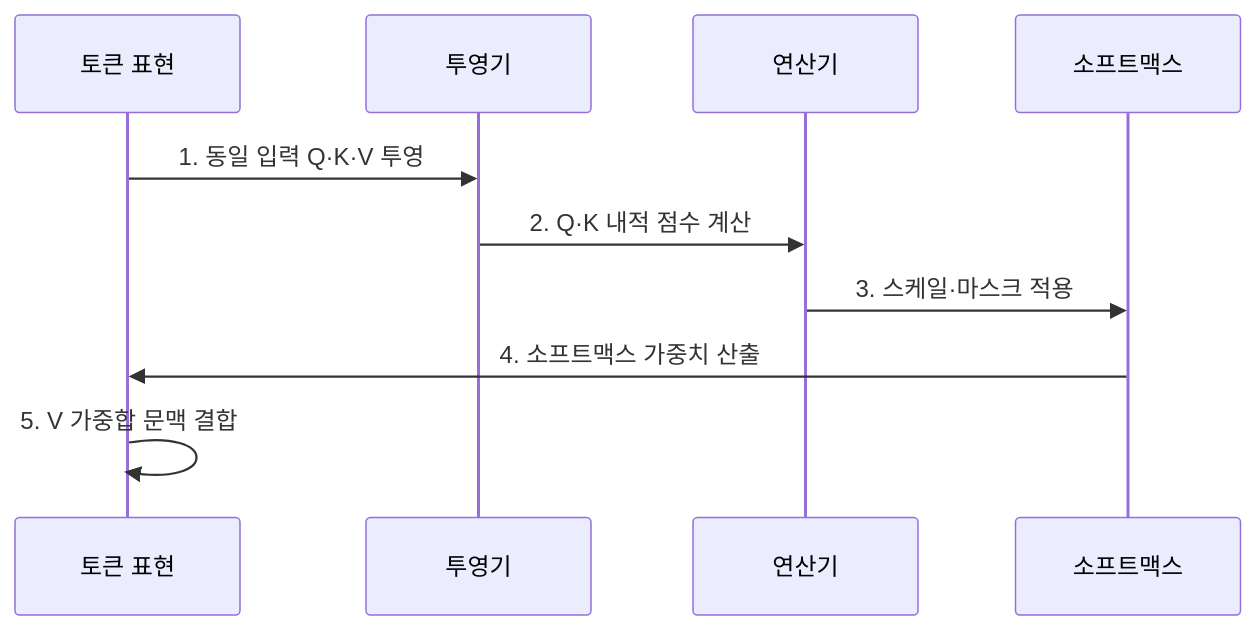
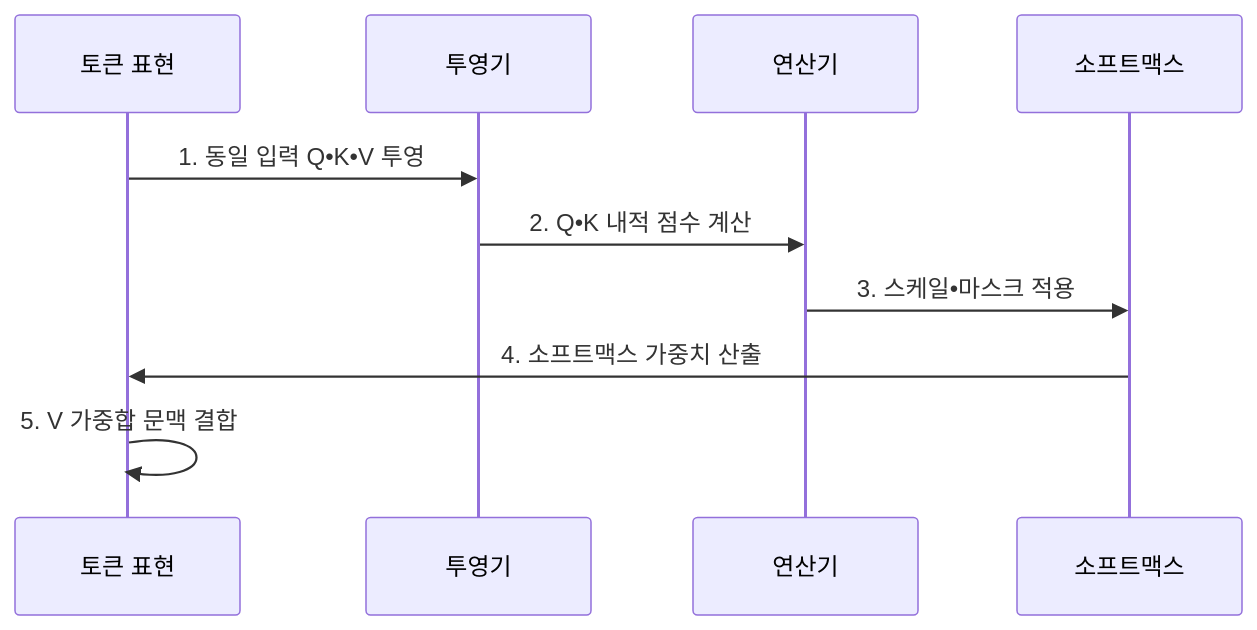
The second of 2 diagrams in src/content/docs/notes/08-latest-tech/028_self_attention.md (agnusdei1207/knowledge-base), drawn with Mermaid before and after one commit. The commit also changed other lines of this file and 953 other files, not shown here.

````diff
--- a/src/content/docs/notes/08-latest-tech/028_self_attention.md
+++ b/src/content/docs/notes/08-latest-tech/028_self_attention.md
@@ -103,12 +103,12 @@
 ```mermaid
 sequenceDiagram
     participant I as 토큰 표현
     participant P as 투영기
     participant A as 연산기
     participant S as 소프트맥스
-    I->>P: 1. 동일 입력 Q·K·V 투영
-    P->>A: 2. Q·K 내적 점수 계산
-    A->>S: 3. 스케일·마스크 적용
+    I->>P: 1. 동일 입력 Q•K•V 투영
+    P->>A: 2. Q•K 내적 점수 계산
+    A->>S: 3. 스케일•마스크 적용
     S->>I: 4. 소프트맥스 가중치 산출
     I->>I: 5. V 가중합 문맥 결합
 ```
````
